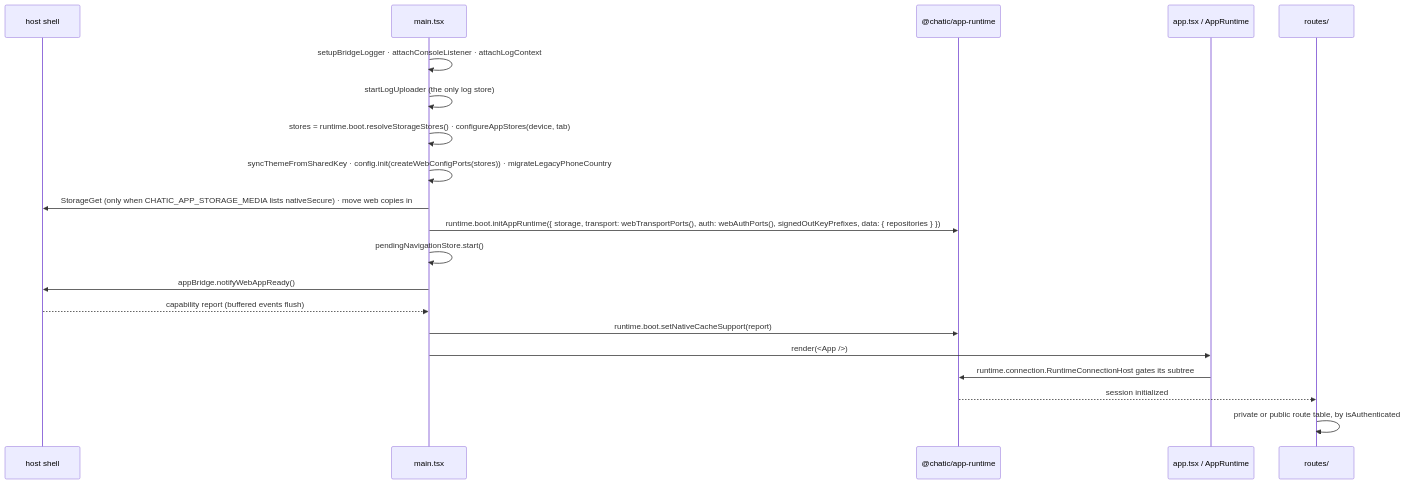
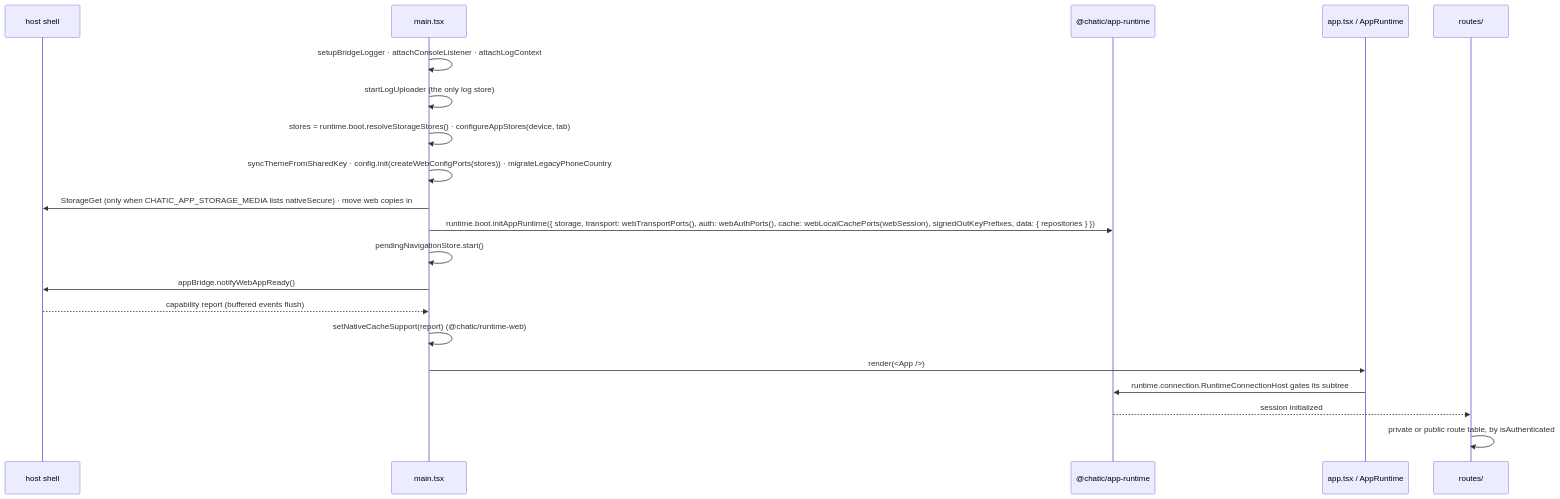
The second of 2 diagrams in apps/web/README.md (lemoncloud-io/dou-app), drawn with Mermaid before and after one commit. The commit also changed other lines of this file and 70 other files, not shown here.

First line of the commit message:
refactor(data,runtime-web,app-runtime): open the local cache backend as a platform port

````diff
--- a/apps/web/README.md
+++ b/apps/web/README.md
@@ -146,23 +146,23 @@
 ```mermaid
 sequenceDiagram
     participant Shell as host shell
     participant Main as main.tsx
     participant RT as @chatic/app-runtime
     participant App as app.tsx / AppRuntime
     participant Router as routes/
 
     Main->>Main: setupBridgeLogger · attachConsoleListener · attachLogContext
     Main->>Main: startLogUploader (the only log store)
     Main->>Main: stores = runtime.boot.resolveStorageStores() · configureAppStores(device, tab)
     Main->>Main: syncThemeFromSharedKey · config.init(createWebConfigPorts(stores)) · migrateLegacyPhoneCountry
     Main->>Shell: StorageGet (only when CHATIC_APP_STORAGE_MEDIA lists nativeSecure) · move web copies in
-    Main->>RT: runtime.boot.initAppRuntime({ storage, transport: webTransportPorts(), auth: webAuthPorts(), signedOutKeyPrefixes, data: { repositories } })
+    Main->>RT: runtime.boot.initAppRuntime({ storage, transport: webTransportPorts(), auth: webAuthPorts(), cache: webLocalCachePorts(webSession), signedOutKeyPrefixes, data: { repositories } })
     Main->>Main: pendingNavigationStore.start()
     Main->>Shell: appBridge.notifyWebAppReady()
     Shell-->>Main: capability report (buffered events flush)
-    Main->>RT: runtime.boot.setNativeCacheSupport(report)
+    Main->>Main: setNativeCacheSupport(report) (@chatic/runtime-web)
     Main->>App: render(<App />)
     App->>RT: runtime.connection.RuntimeConnectionHost gates its subtree
     RT-->>Router: session initialized
     Router->>Router: private or public route table, by isAuthenticated
 ```
````
